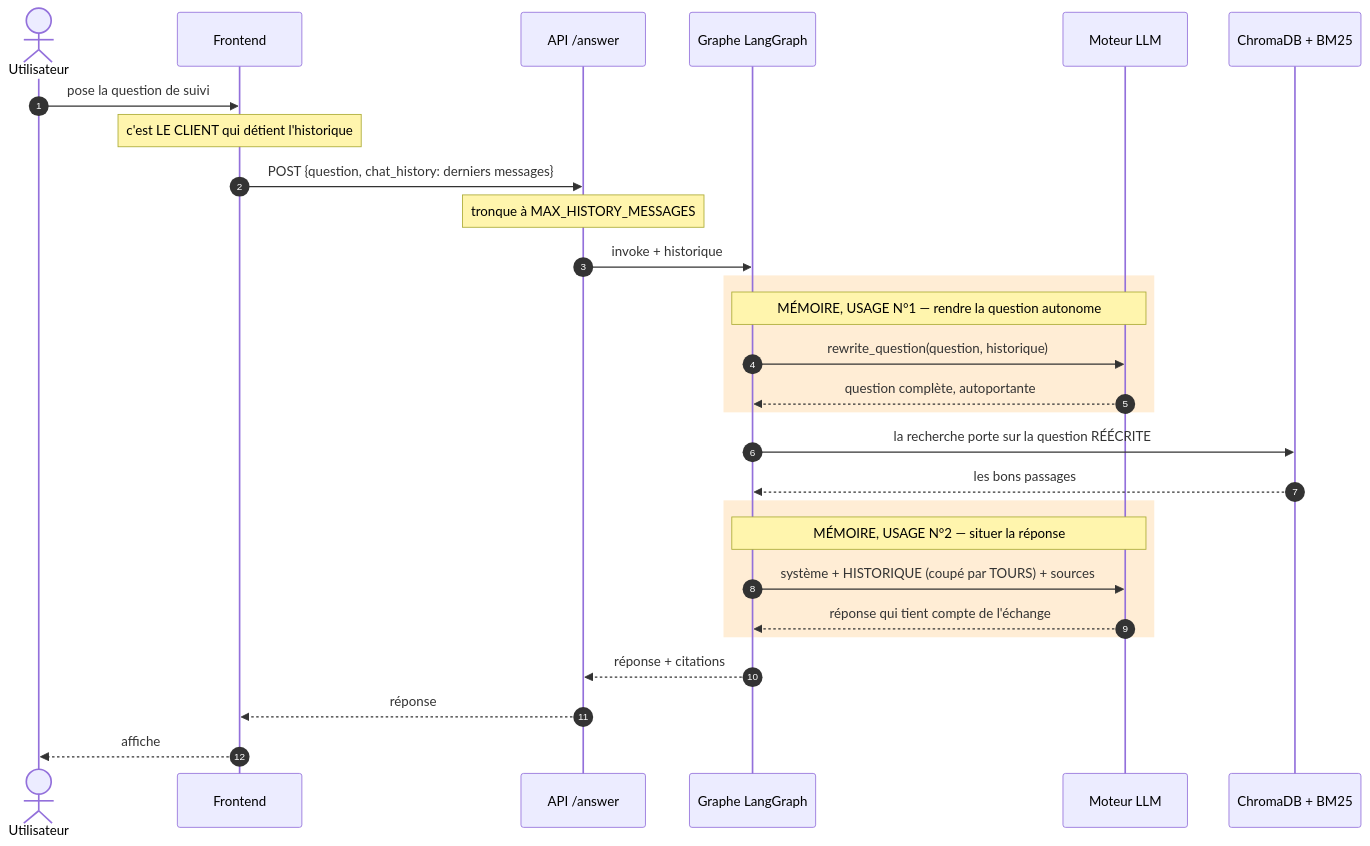
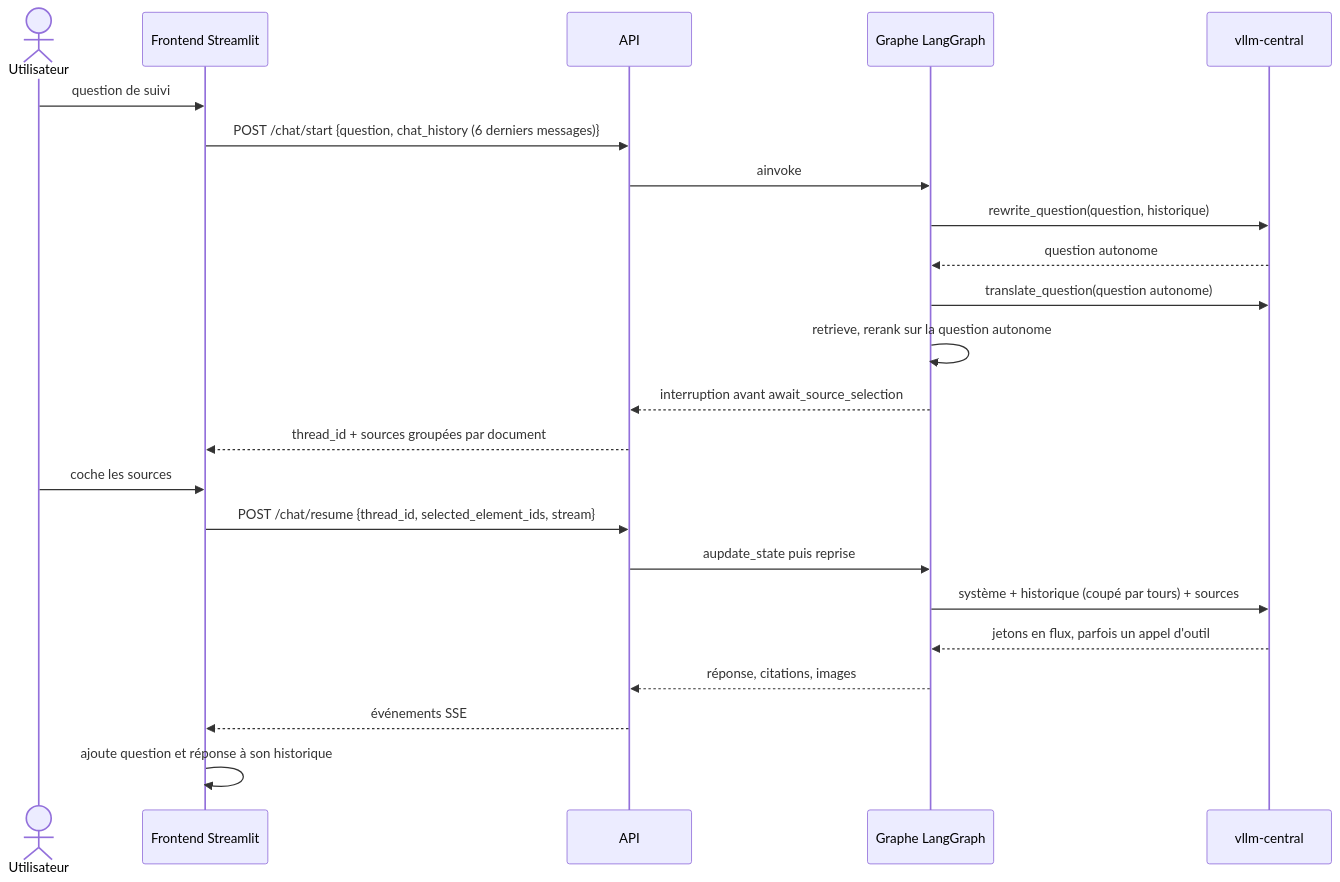
One commit to floSa/RAG-Agent-Chat changed the second of 2 diagrams in documentation/agent_architecture.md. Above: the diagram before and after it, drawn with Mermaid. The commit also changed other lines of this file and 2 other files, not shown here.

Commit message:
docs: architecture, agent et strategie d'evaluation reecrits ; schemas du graphe verifies contre build_graph

````diff
--- a/documentation/agent_architecture.md
+++ b/documentation/agent_architecture.md
@@ -117,30 +46,25 @@
 ```mermaid
 sequenceDiagram
-    autonumber
     actor U as Utilisateur
-    participant F as Frontend
-    participant API as API /answer
+    participant F as Frontend Streamlit
+    participant A as API
     participant G as Graphe LangGraph
-    participant V as Moteur LLM
-    participant C as ChromaDB + BM25
-    U->>F: pose la question de suivi
-    Note over F: c'est LE CLIENT qui détient l'historique
-    F->>API: POST {question, chat_history: derniers messages}
-    Note over API: tronque à MAX_HISTORY_MESSAGES
-    API->>G: invoke + historique
-    rect rgb(255,237,213)
-    Note over G,V: MÉMOIRE, USAGE N°1 — rendre la question autonome
+    participant V as vllm-central
+    U->>F: question de suivi
+    F->>A: POST /chat/start {question, chat_history (6 derniers messages)}
+    A->>G: ainvoke
     G->>V: rewrite_question(question, historique)
-    V-->>G: question complète, autoportante
-    end
-    G->>C: la recherche porte sur la question RÉÉCRITE
-    C-->>G: les bons passages
-    rect rgb(255,237,213)
-    Note over G,V: MÉMOIRE, USAGE N°2 — situer la réponse
-    G->>V: système + HISTORIQUE (coupé par TOURS) + sources
-    V-->>G: réponse qui tient compte de l'échange
-    end
-    G-->>API: réponse + citations
-    API-->>F: réponse
-    F-->>U: affiche
+    V-->>G: question autonome
+    G->>V: translate_question(question autonome)
+    G->>G: retrieve, rerank sur la question autonome
+    G-->>A: interruption avant await_source_selection
+    A-->>F: thread_id + sources groupées par document
+    U->>F: coche les sources
+    F->>A: POST /chat/resume {thread_id, selected_element_ids, stream}
+    A->>G: aupdate_state puis reprise
+    G->>V: système + historique (coupé par tours) + sources
+    V-->>G: jetons en flux, parfois un appel d'outil
+    G-->>A: réponse, citations, images
+    A-->>F: événements SSE
+    F->>F: ajoute question et réponse à son historique
 ```
````
